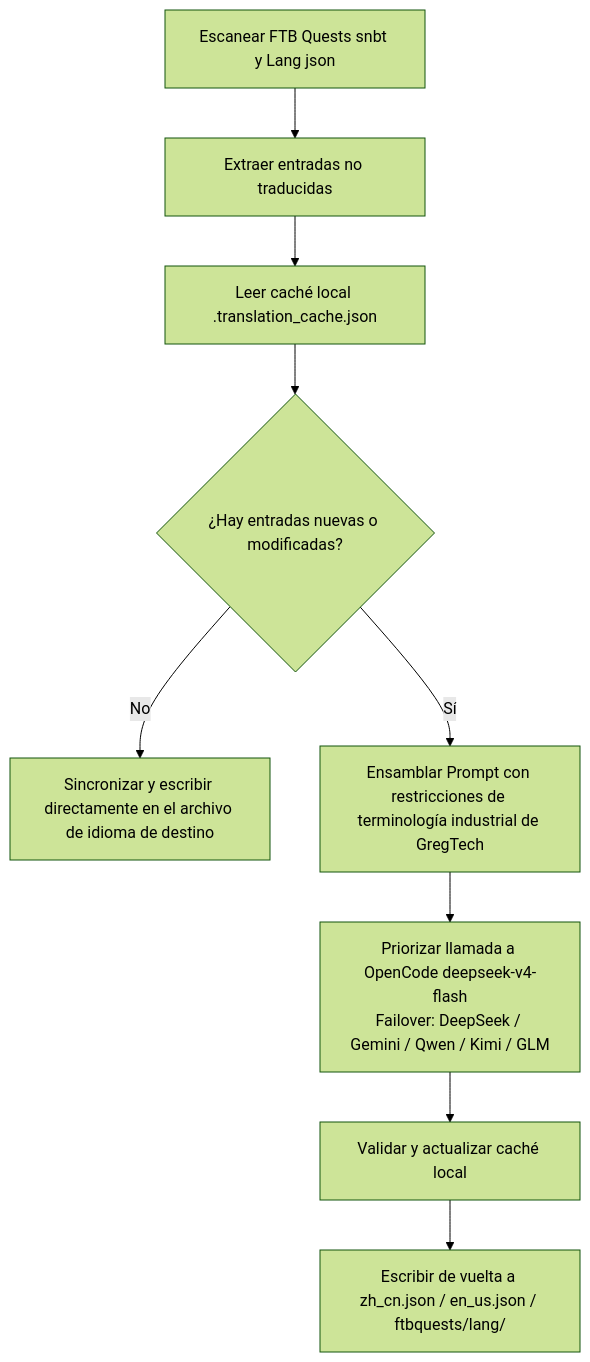
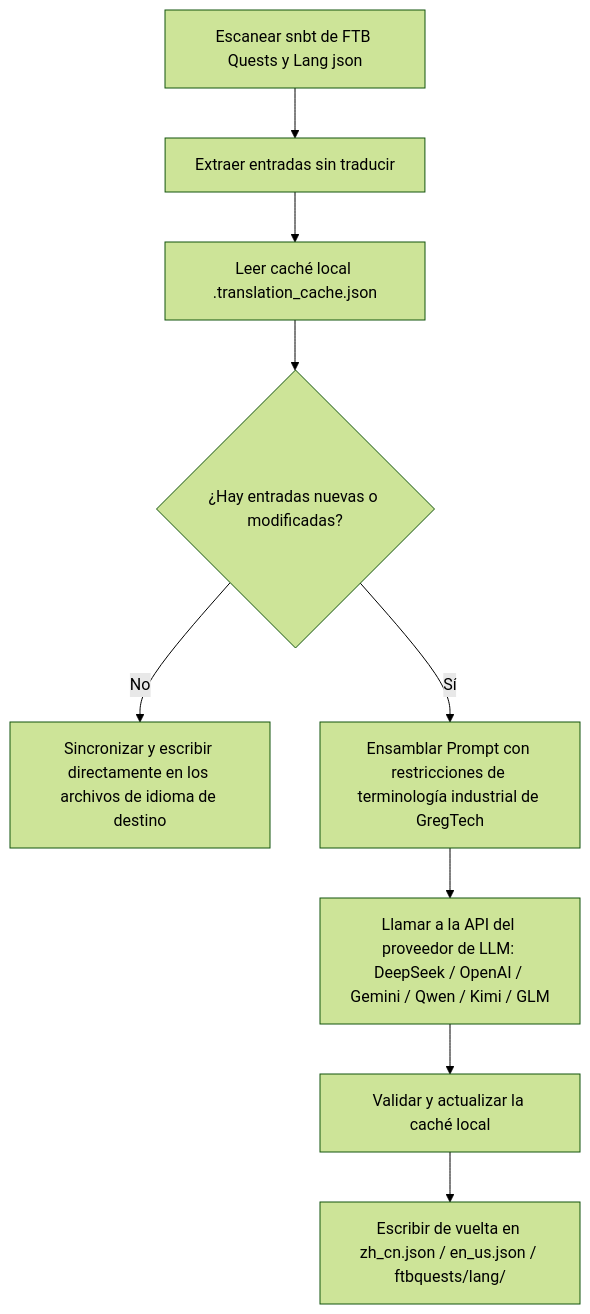
The diagram in docs/es/ci-cd-and-translation/ai-translation.md (takanashisatou/GregtechEasy-Docs), drawn with Mermaid (forest theme) before and after one commit. The commit also changed other lines of this file and 8 other files, not shown here.

````diff
--- a/docs/es/ci-cd-and-translation/ai-translation.md
+++ b/docs/es/ci-cd-and-translation/ai-translation.md
@@ -27,11 +13,11 @@
 ```mermaid
 graph TD
-    A[Escanear FTB Quests snbt y Lang json] --> B[Extraer entradas no traducidas]
+    A[Escanear snbt de FTB Quests y Lang json] --> B[Extraer entradas sin traducir]
     B --> C[Leer caché local .translation_cache.json]
     C --> D{¿Hay entradas nuevas o modificadas?}
-    D -- No --> E[Sincronizar y escribir directamente en el archivo de idioma de destino]
+    D -- No --> E[Sincronizar y escribir directamente en los archivos de idioma de destino]
     D -- Sí --> F[Ensamblar Prompt con restricciones de terminología industrial de GregTech]
-    F --> G["Priorizar llamada a OpenCode deepseek-v4-flash<br/>Failover: DeepSeek / Gemini / Qwen / Kimi / GLM"]
-    G --> H[Validar y actualizar caché local]
-    H --> I[Escribir de vuelta a zh_cn.json / en_us.json / ftbquests/lang/]
+    F --> G[Llamar a la API del proveedor de LLM: DeepSeek / OpenAI / Gemini / Qwen / Kimi / GLM]
+    G --> H[Validar y actualizar la caché local]
+    H --> I[Escribir de vuelta en zh_cn.json / en_us.json / ftbquests/lang/]
 ```
````
